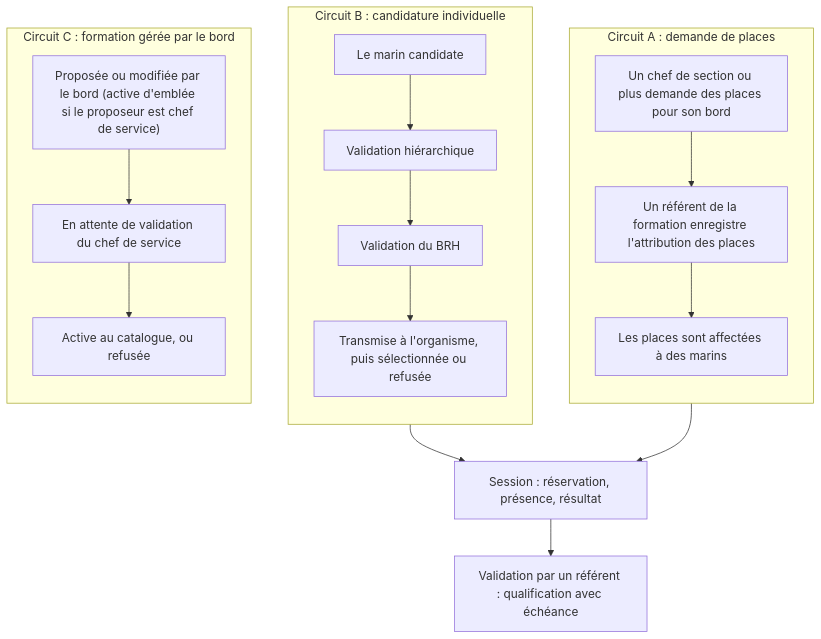
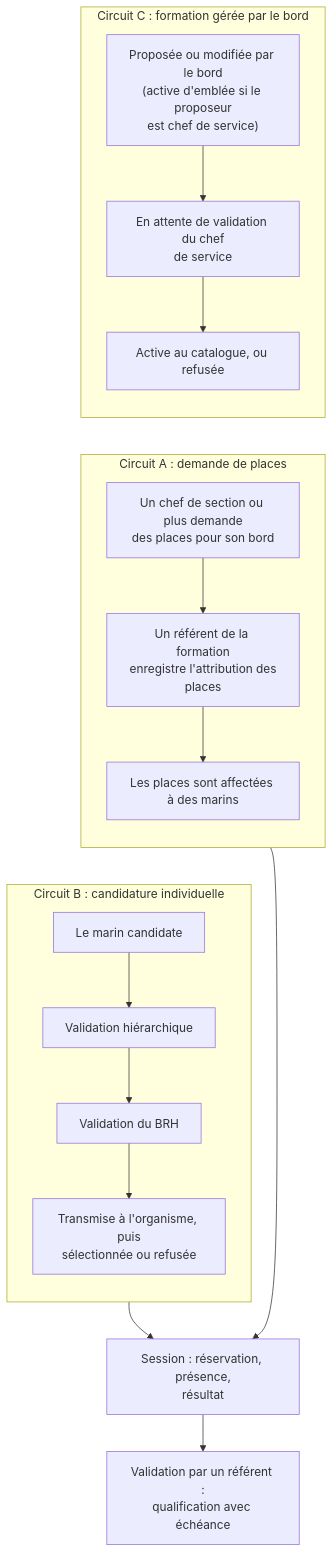
One commit to Mattrix2211/Matrix changed the diagram in docs/dossier-technique/schemas/src/S28_circuits_formation.mmd. Above: the diagram before and after it, drawn with Mermaid. The commit also changed 54 other files, not shown here.

```diff
--- a/docs/dossier-technique/schemas/src/S28_circuits_formation.mmd
+++ b/docs/dossier-technique/schemas/src/S28_circuits_formation.mmd
@@ -1,16 +1,18 @@
 flowchart TB
   subgraph A["Circuit A : demande de places"]
     direction TB
-    A1["Un chef de section ou plus demande des places pour son bord"] --> A2["Un référent de la formation enregistre l'attribution des places"] --> A3["Les places sont affectées à des marins"]
+    A1["Un chef de section ou plus demande<br/>des places pour son bord"] --> A2["Un référent de la formation<br/>enregistre l'attribution des<br/>places"] --> A3["Les places sont affectées à des marins"]
   end
   subgraph B["Circuit B : candidature individuelle"]
     direction TB
-    B1["Le marin candidate"] --> B2["Validation hiérarchique"] --> B3["Validation du BRH"] --> B4["Transmise à l'organisme, puis sélectionnée ou refusée"]
+    B1["Le marin candidate"] --> B2["Validation hiérarchique"] --> B3["Validation du BRH"] --> B4["Transmise à l'organisme, puis<br/>sélectionnée ou refusée"]
   end
   subgraph C["Circuit C : formation gérée par le bord"]
     direction TB
-    C1["Proposée ou modifiée par le bord (active d'emblée si le proposeur est chef de service)"] --> C2["En attente de validation du chef de service"] --> C3["Active au catalogue, ou refusée"]
+    C1["Proposée ou modifiée par le bord<br/>(active d'emblée si le proposeur<br/>est chef de service)"] --> C2["En attente de validation du chef<br/>de service"] --> C3["Active au catalogue, ou refusée"]
   end
-  A3 --> S["Session : réservation, présence, résultat"]
+  C ~~~ A
+  A ~~~ B
+  A3 --> S["Session : réservation, présence,<br/>résultat"]
   B4 --> S
-  S --> Q["Validation par un référent : qualification avec échéance"]
+  S --> Q["Validation par un référent :<br/>qualification avec échéance"]
```
